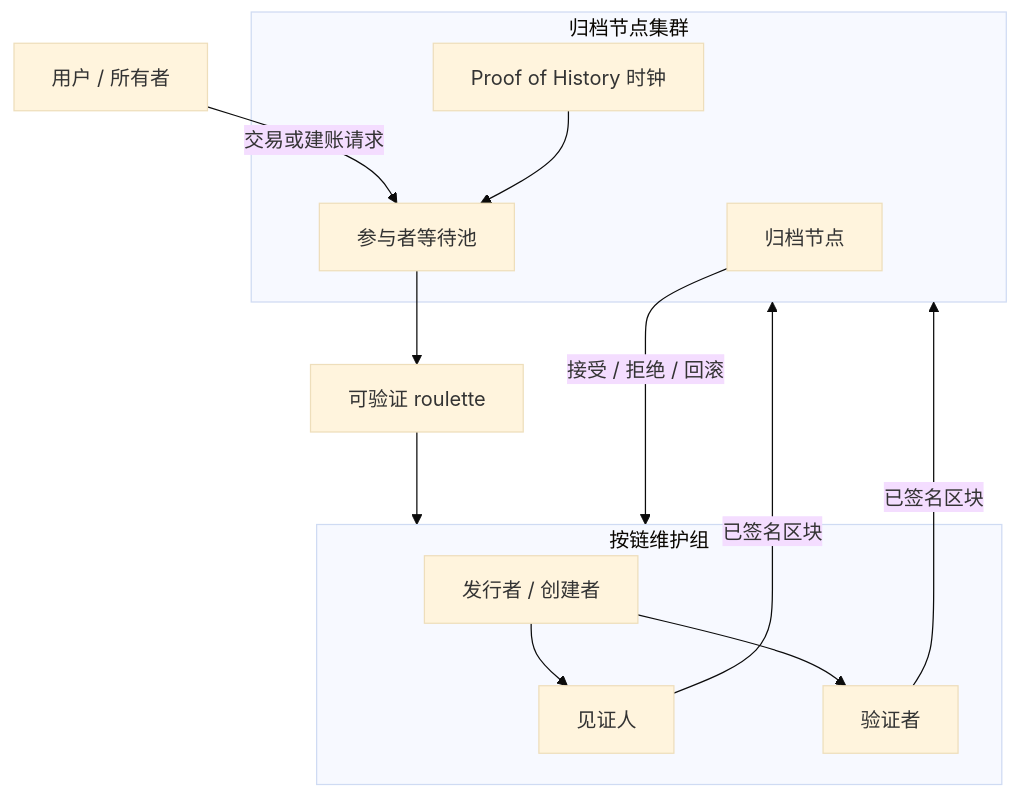
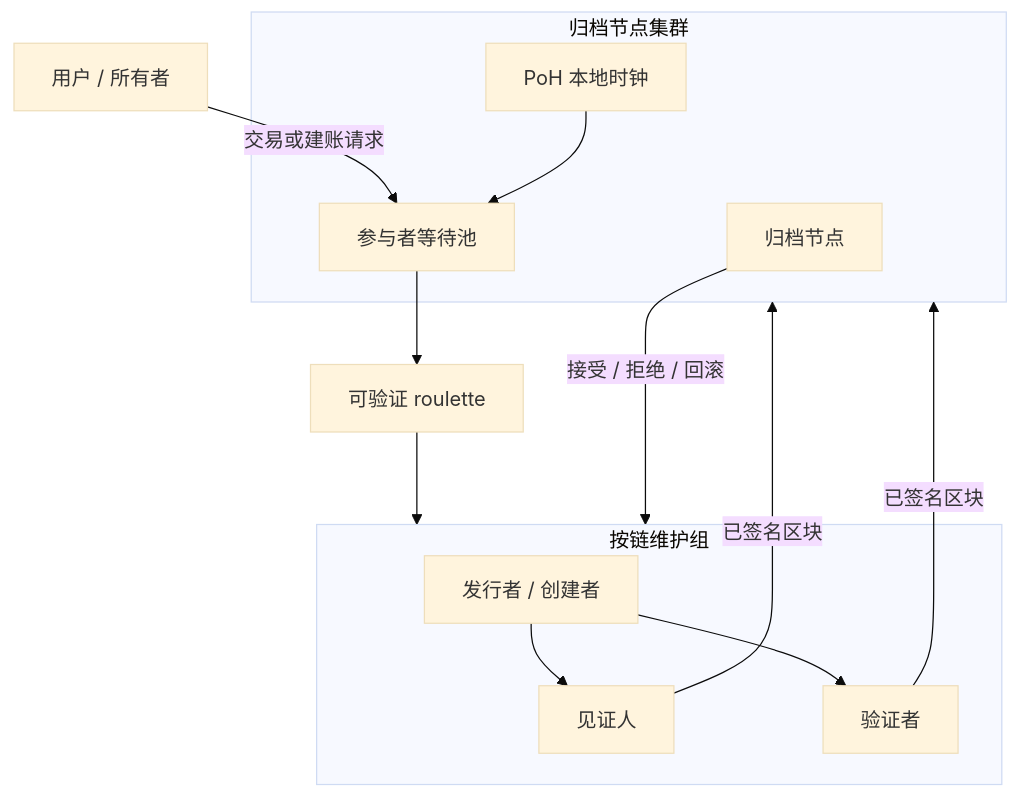
One commit to CoNET-project/CoNET-DLE changed the diagram in src/whitepaper/Decentralization Cluster multi-chain.zh-CN.md. Above: the diagram before and after it, drawn with Mermaid (base theme). The commit also changed other lines of this file and 1 other file, not shown here.

````diff
--- a/src/whitepaper/Decentralization Cluster multi-chain.zh-CN.md
+++ b/src/whitepaper/Decentralization Cluster multi-chain.zh-CN.md
@@ -358,24 +434,24 @@
 ```mermaid
 flowchart TB
   subgraph ArchiveCluster["归档节点集群"]
     A1[归档节点]
-    PoH[Proof of History 时钟]
+    PoH[PoH 本地时钟]
     Pool[参与者等待池]
   end
 
   subgraph ChainGroup["按链维护组"]
     I[发行者 / 创建者]
     W[见证人]
     V[验证者]
   end
 
   User[用户 / 所有者] -->|交易或建账请求| Pool
   Pool --> Roulette[可验证 roulette]
   Roulette --> ChainGroup
   I --> W
   I --> V
   W -->|已签名区块| ArchiveCluster
   V -->|已签名区块| ArchiveCluster
   A1 -->|接受 / 拒绝 / 回滚| ChainGroup
   PoH --> Pool
 ```
````
